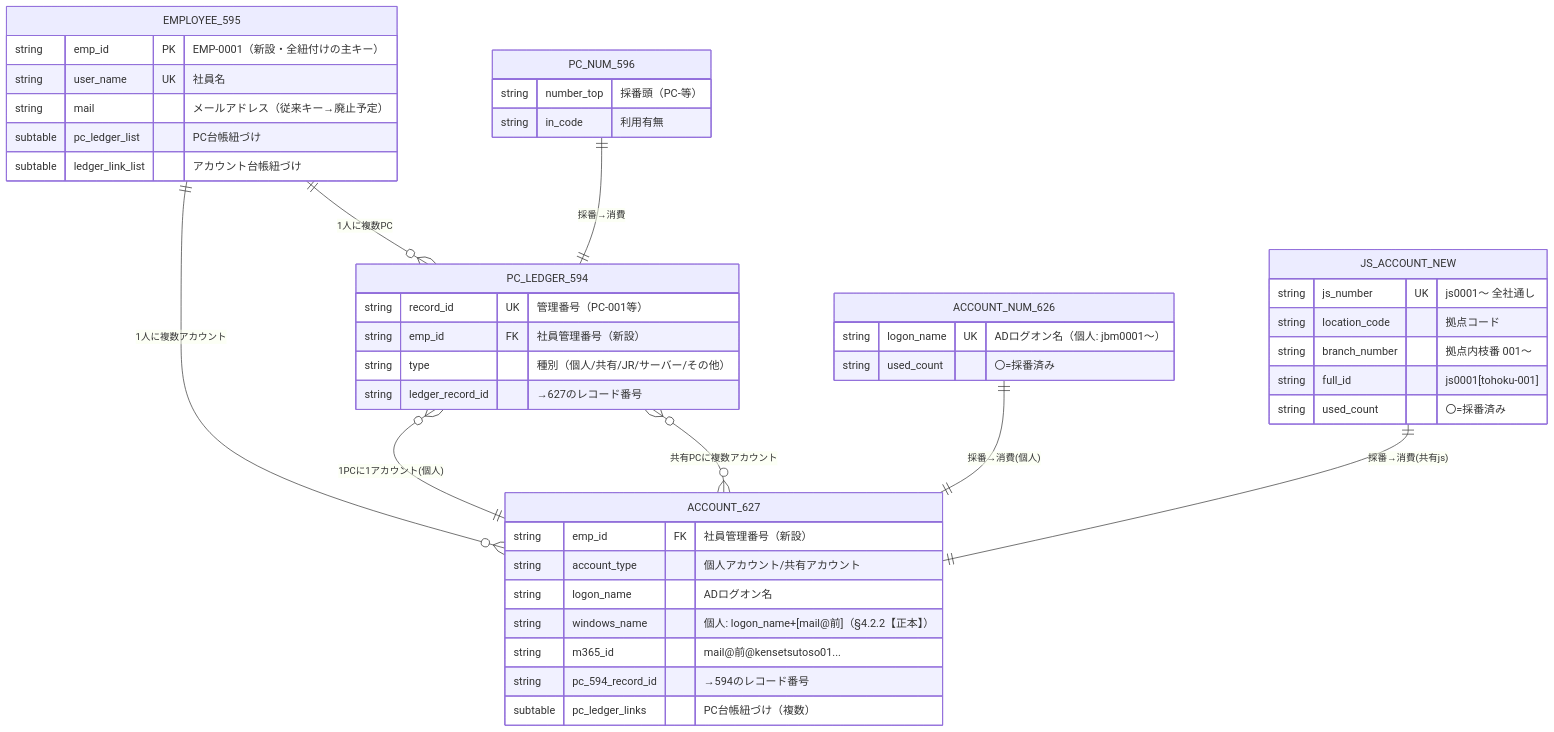
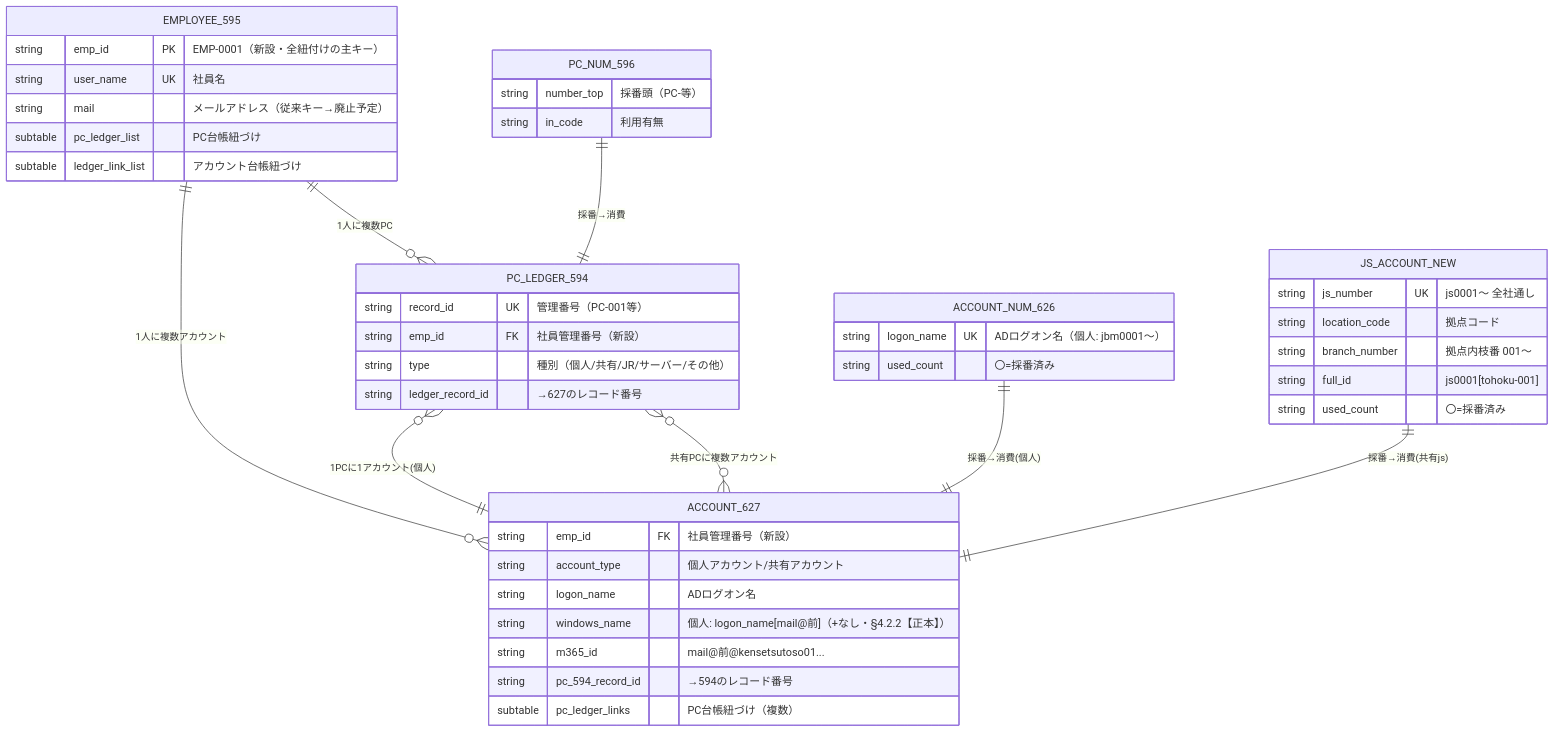
One commit to mhamad4968/GitHub-Actions changed the first of 2 diagrams in docs/emp-id-js-account-design.md. Above: the diagram before and after it, drawn with Mermaid. The commit also changed 9 other files, not shown here.

Commit message:
windows_name: drop + between logon_name and [mail] (674, 627, spec)

````diff
--- a/docs/emp-id-js-account-design.md
+++ b/docs/emp-id-js-account-design.md
@@ -5,53 +5,53 @@
 ```mermaid
 erDiagram
     EMPLOYEE_595 ||--o{ PC_LEDGER_594 : "1人に複数PC"
     EMPLOYEE_595 ||--o{ ACCOUNT_627 : "1人に複数アカウント"
     PC_LEDGER_594 }o--|| ACCOUNT_627 : "1PCに1アカウント(個人)"
     PC_LEDGER_594 }o--o{ ACCOUNT_627 : "共有PCに複数アカウント"
     ACCOUNT_NUM_626 ||--|| ACCOUNT_627 : "採番→消費(個人)"
     JS_ACCOUNT_NEW ||--|| ACCOUNT_627 : "採番→消費(共有js)"
     PC_NUM_596 ||--|| PC_LEDGER_594 : "採番→消費"
 
     EMPLOYEE_595 {
         string emp_id PK "EMP-0001（新設・全紐付けの主キー）"
         string user_name UK "社員名"
         string mail "メールアドレス（従来キー→廃止予定）"
         subtable pc_ledger_list "PC台帳紐づけ"
         subtable ledger_link_list "アカウント台帳紐づけ"
     }
 
     PC_LEDGER_594 {
         string record_id UK "管理番号（PC-001等）"
         string emp_id FK "社員管理番号（新設）"
         string type "種別（個人/共有/JR/サーバー/その他）"
         string ledger_record_id "→627のレコード番号"
     }
 
     ACCOUNT_627 {
         string emp_id FK "社員管理番号（新設）"
         string account_type "個人アカウント/共有アカウント"
         string logon_name "ADログオン名"
-        string windows_name "個人: logon_name+[mail@前]（§4.2.2【正本】）"
+        string windows_name "個人: logon_name[mail@前]（+なし・§4.2.2【正本】）"
         string m365_id "mail@前@kensetsutoso01..."
         string pc_594_record_id "→594のレコード番号"
         subtable pc_ledger_links "PC台帳紐づけ（複数）"
     }
 
     ACCOUNT_NUM_626 {
         string logon_name UK "ADログオン名（個人: jbm0001〜）"
         string used_count "〇=採番済み"
     }
 
     JS_ACCOUNT_NEW {
         string js_number UK "js0001〜 全社通し"
         string location_code "拠点コード"
         string branch_number "拠点内枝番 001〜"
         string full_id "js0001[tohoku-001]"
         string used_count "〇=採番済み"
     }
 
     PC_NUM_596 {
         string number_top "採番頭（PC-等）"
         string in_code "利用有無"
     }
 ```
````
